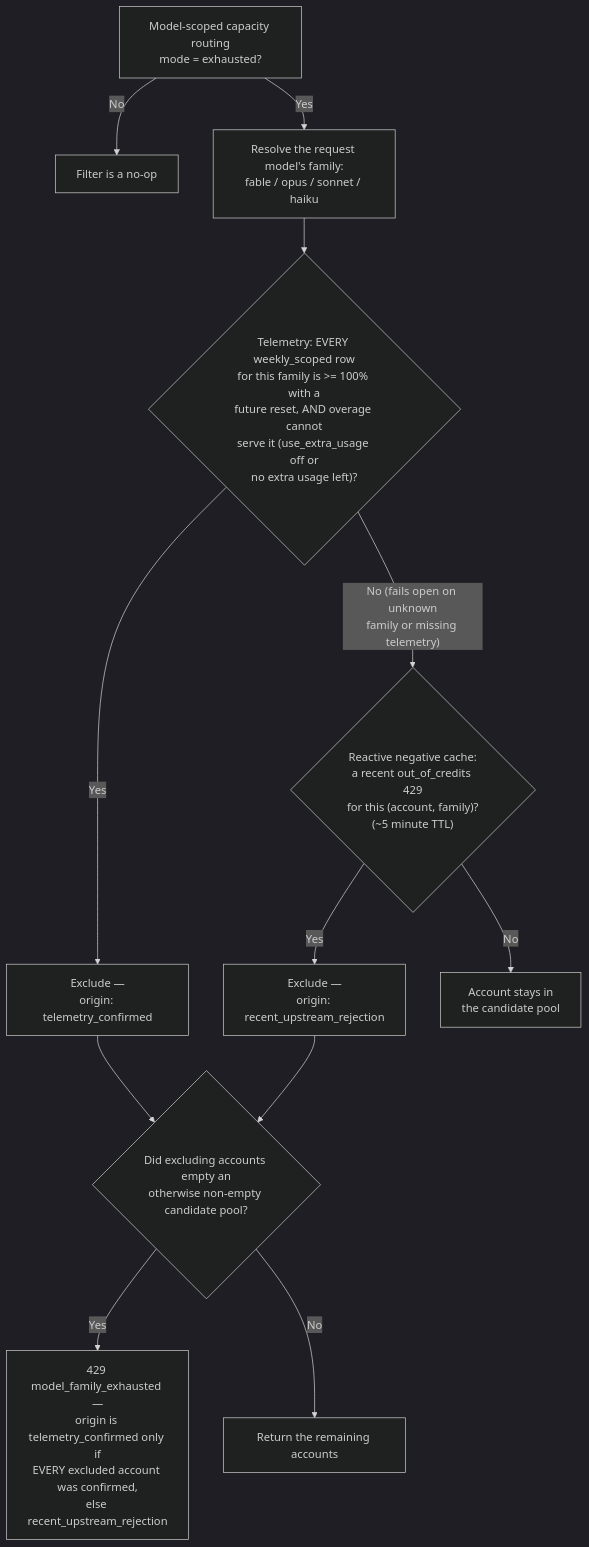
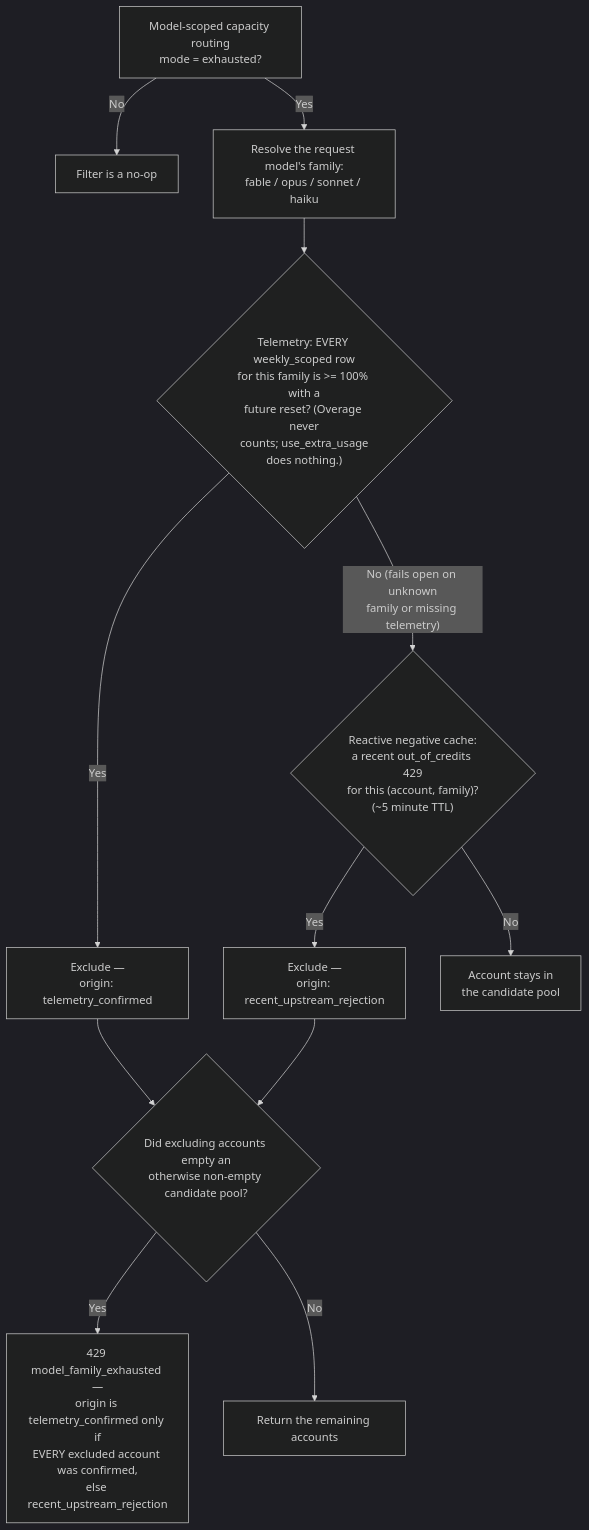
Before and after one commit to filip-gooddata/better-ccflare: the eighth of 10 diagrams in docs/routing-architecture.md, drawn with Mermaid (dark theme). The commit also changed other lines of this file and 9 other files, not shown here.

First line of the commit message:
fix: accept the use extra usage setting but ignore it

````diff
--- a/docs/routing-architecture.md
+++ b/docs/routing-architecture.md
@@ -271,14 +271,14 @@
 ```mermaid
 flowchart TD
     A["Model-scoped capacity routing<br/>mode = exhausted?"] -->|"No"| B["Filter is a no-op"]
     A -->|"Yes"| C["Resolve the request model's family:<br/>fable / opus / sonnet / haiku"]
-    C --> D{"Telemetry: EVERY weekly_scoped row<br/>for this family is >= 100% with a<br/>future reset, AND overage cannot<br/>serve it (use_extra_usage off or<br/>no extra usage left)?"}
+    C --> D{"Telemetry: EVERY weekly_scoped row<br/>for this family is >= 100% with a<br/>future reset? (Overage never<br/>counts; use_extra_usage<br/>does nothing.)"}
     D -->|"Yes"| E["Exclude —<br/>origin: telemetry_confirmed"]
     D -->|"No (fails open on unknown<br/>family or missing telemetry)"| F{"Reactive negative cache:<br/>a recent out_of_credits 429<br/>for this (account, family)?<br/>(~5 minute TTL)"}
     F -->|"Yes"| G["Exclude —<br/>origin: recent_upstream_rejection"]
     F -->|"No"| H["Account stays in<br/>the candidate pool"]
     E --> I{"Did excluding accounts empty an<br/>otherwise non-empty candidate pool?"}
     G --> I
     I -->|"Yes"| J["429 model_family_exhausted —<br/>origin is telemetry_confirmed only if<br/>EVERY excluded account was confirmed,<br/>else recent_upstream_rejection"]
     I -->|"No"| K["Return the remaining accounts"]
 ```
````
